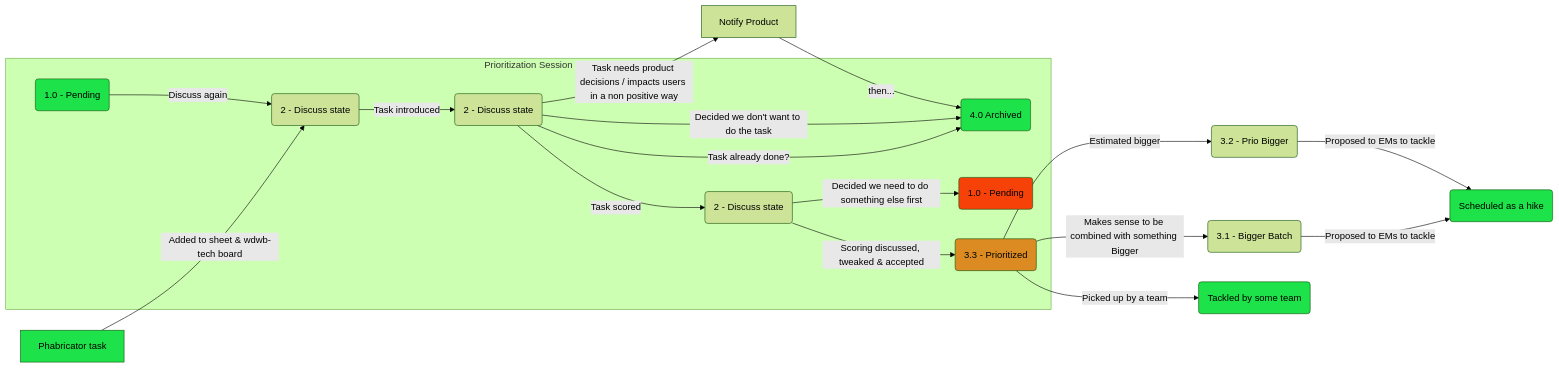
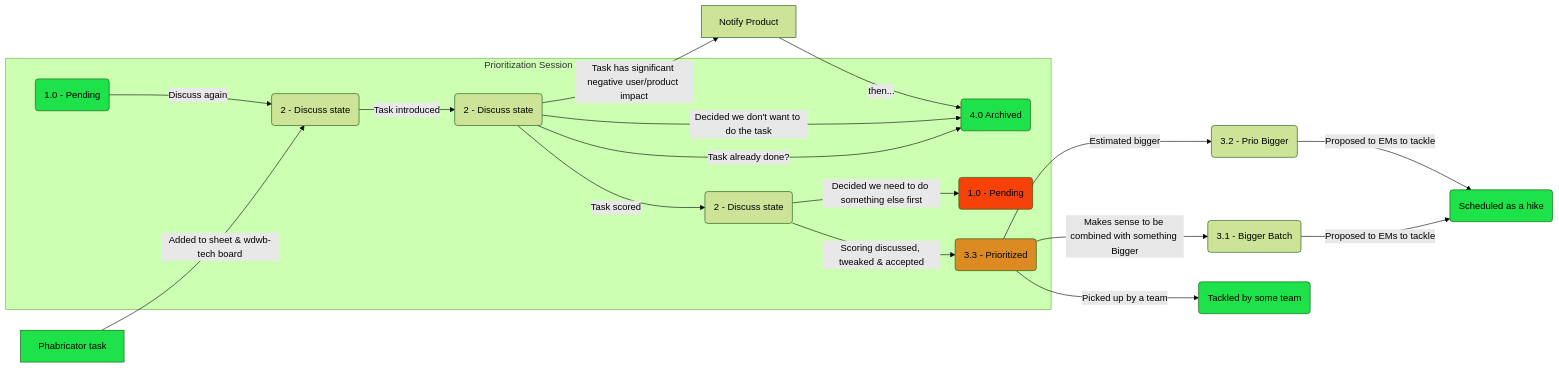
One commit to wmde/wikidata-wikibase-team changed the second of 2 diagrams in pages/process.md. Above: the diagram before and after it, drawn with Mermaid (forest theme). The commit also changed other lines of this file, not shown here.

````diff
--- a/pages/process.md
+++ b/pages/process.md
@@ -158,34 +162,34 @@
 ```mermaid
 graph LR
 A[Phabricator task]:::woo -->|Added to sheet & wdwb-tech board| 2(2 - Discuss state)
 
 subgraph session [Prioritization Session]
 
 1.0-start(1.0 - Pending):::woo -->|Discuss again| 2(2 - Discuss state)
 
 2(2 - Discuss state) -->|Task introduced| 2a(2 - Discuss state)
 
 2a(2 - Discuss state) -->|Task already done?|4.0(4.0 Archived)
 2a(2 - Discuss state) -->|Decided we don't want to do the task|4.0[4.0 Archived]:::woo
 
 2a(2 - Discuss state) -->|Task scored| 2b(2 - Discuss state)
 2b(2 - Discuss state) -->|Decided we need to do something else first| 1.0(1.0 - Pending):::final
 2b(2 - Discuss state) -->|Scoring discussed, tweaked & accepted| 3.3(3.3 - Prioritized):::mid
 
 end
 
-2a(2 - Discuss state) -->|Task needs product decisions / impacts users in a non positive way|N1[Notify Product]
+2a(2 - Discuss state) -->|Task has significant negative user/product impact|N1[Notify Product]
 N1[Notify Product] -->|then...|4.0(4.0 Archived)
 
 3.3(3.3 - Prioritized) -->|Makes sense to be combined with something Bigger|3.1(3.1 - Bigger Batch)
 3.3(3.3 - Prioritized) -->|Estimated bigger|3.2(3.2 - Prio Bigger)
 
 3.3(3.3 - Prioritized) -->|Picked up by a team|X1(Tackled by some team):::woo
 
 3.1(3.1 - Bigger Batch) -->| Proposed to EMs to tackle|X2(Scheduled as a hike):::woo
 3.2(3.2 - Prio Bigger) -->| Proposed to EMs to tackle|X2(Scheduled as a hike):::woo
 
 classDef woo fill:#1de249;
 classDef final fill:#f64209;
 classDef mid fill:#dc8b23;
 ```
````
